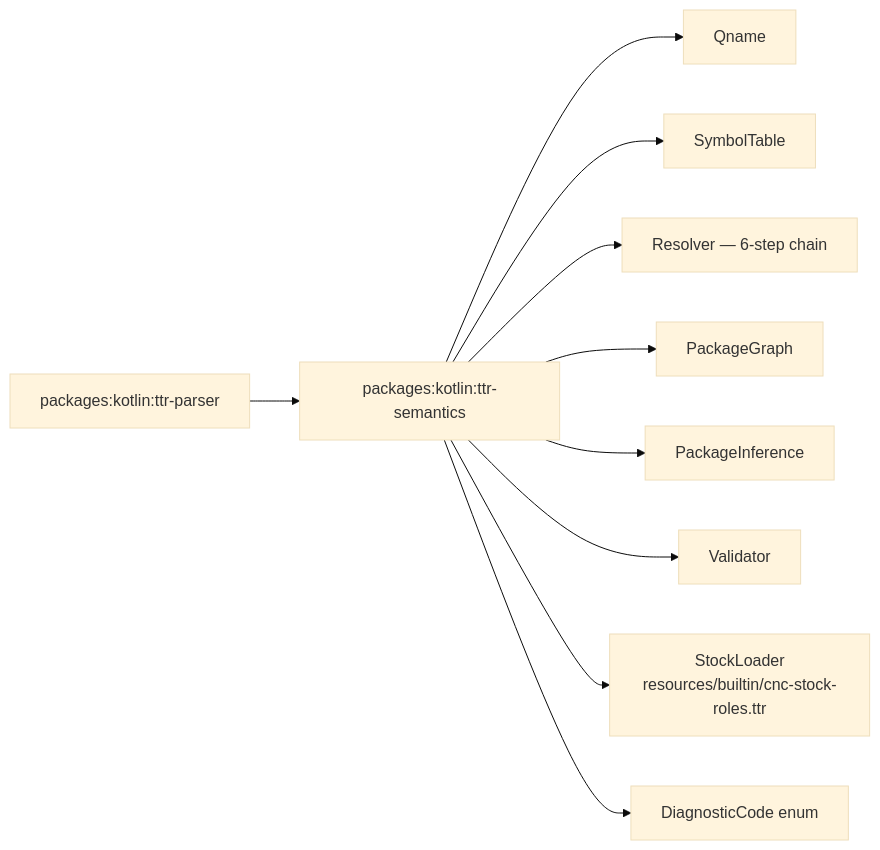
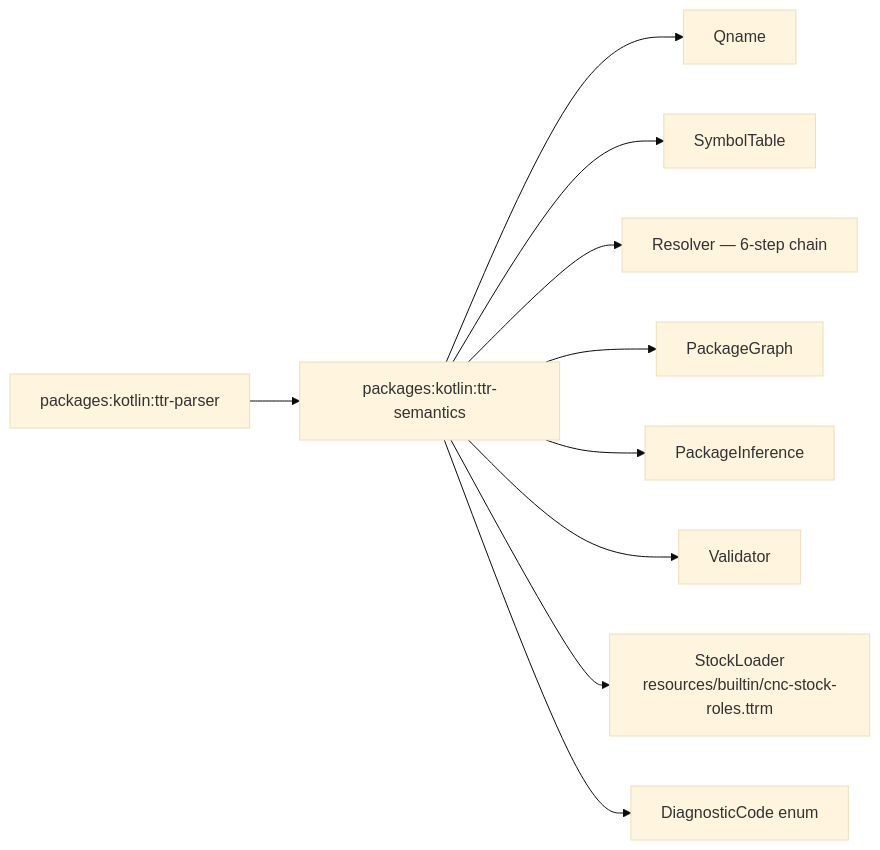
Before and after one commit to Collite/tatrman: the sixth of 6 diagrams in docs/grammar-master/architecture.md, drawn with Mermaid (base theme). The commit also changed other lines of this file and 328 other files, not shown here.

First line of the commit message:
Section Phase0-C: rename .ttr model extension → .ttrm

````diff
--- a/docs/grammar-master/architecture.md
+++ b/docs/grammar-master/architecture.md
@@ -241,12 +241,12 @@
 ```mermaid
 graph LR
   P[packages:kotlin:ttr-parser] --> S[packages:kotlin:ttr-semantics]
   S --> QN[Qname]
   S --> ST[SymbolTable]
   S --> RES[Resolver — 6-step chain]
   S --> PG[PackageGraph]
   S --> PI[PackageInference]
   S --> VAL[Validator]
-  S --> SL[StockLoader<br/>resources/builtin/cnc-stock-roles.ttr]
+  S --> SL[StockLoader<br/>resources/builtin/cnc-stock-roles.ttrm]
   S --> DIAG[DiagnosticCode enum]
 ```
````
